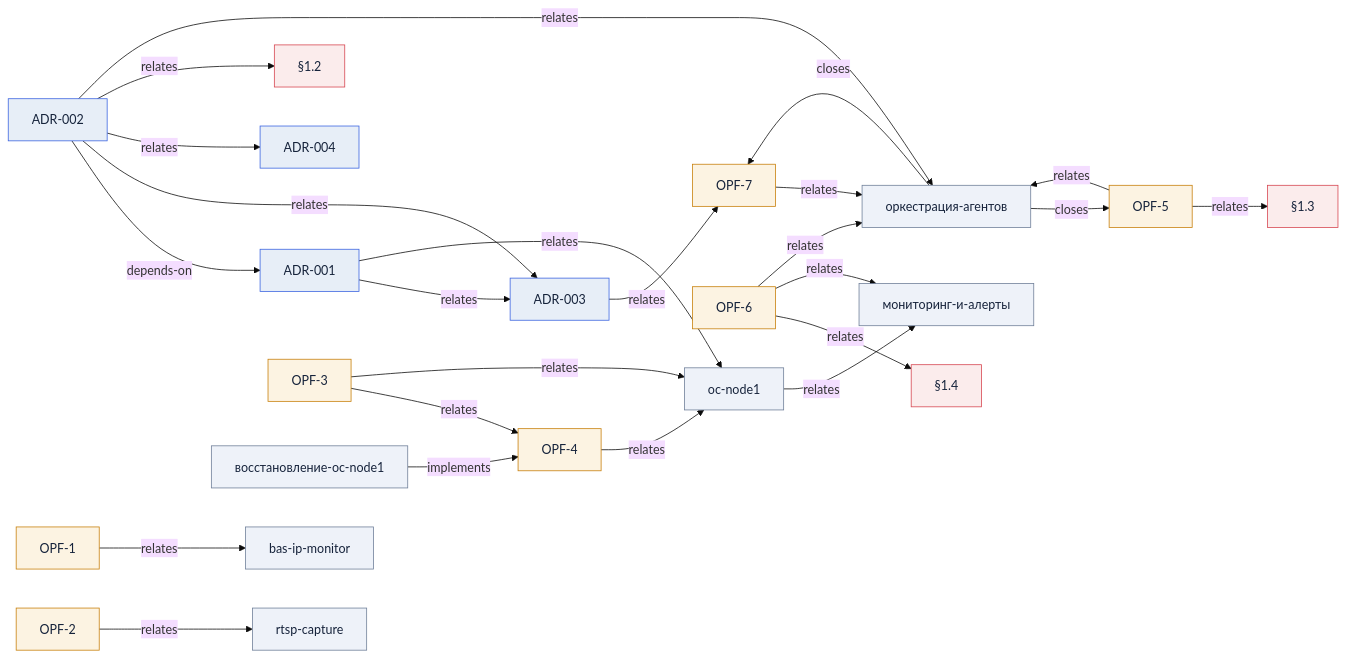
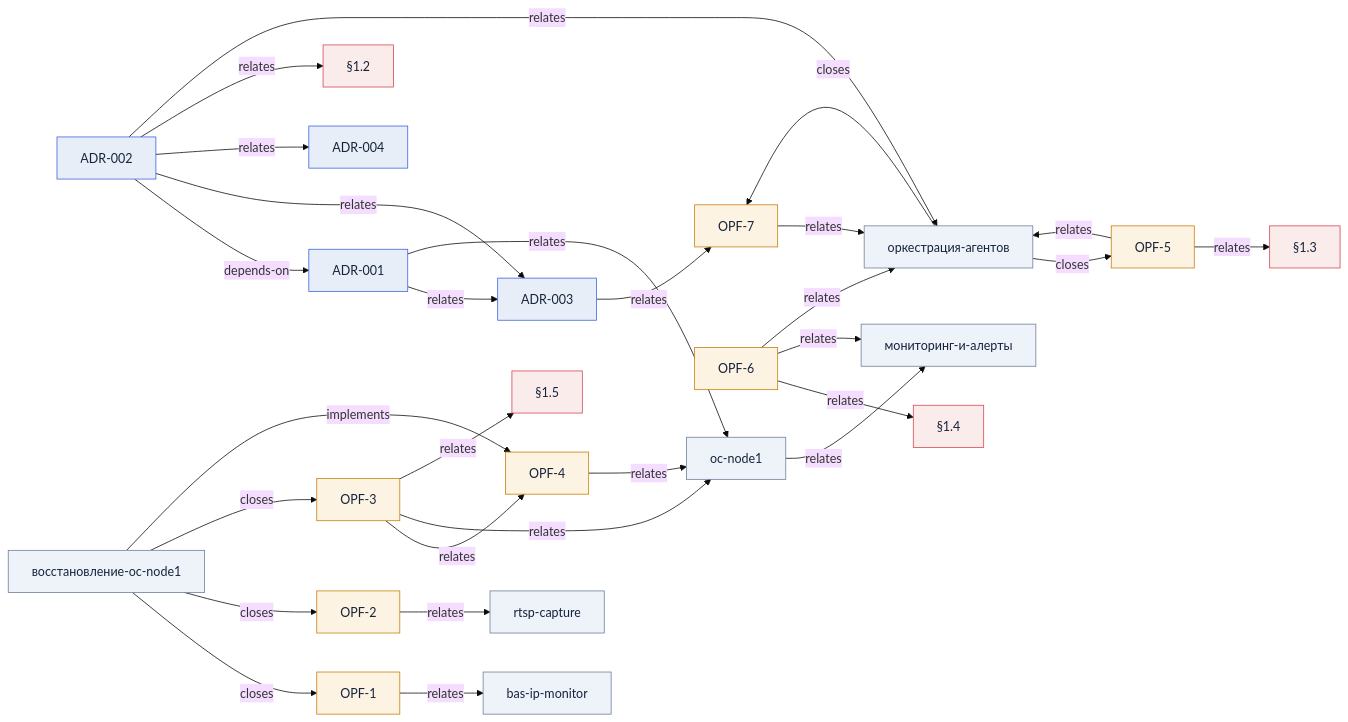
One commit to ikrajushkin/OpenClawAgentFarm changed the diagram in docs/Граф-знаний.md. Above: the diagram before and after it, drawn with Mermaid (base theme). The commit also changed other lines of this file and 7 other files, not shown here.

````diff
--- a/docs/Граф-знаний.md
+++ b/docs/Граф-знаний.md
@@ -6,52 +6,57 @@
 ```mermaid
 graph LR
   n0["ADR-001"]:::adr
   n1["ADR-003"]:::adr
   n2["oc-node1"]:::concept
   n3["ADR-002"]:::adr
   n4["ADR-004"]:::adr
   n5["§1.2"]:::incident
   n6["оркестрация-агентов"]:::concept
   n7["OPF-7"]:::debt
   n8["OPF-1"]:::debt
   n9["bas-ip-monitor"]:::concept
   n10["OPF-2"]:::debt
   n11["rtsp-capture"]:::concept
   n12["OPF-3"]:::debt
   n13["OPF-4"]:::debt
-  n14["OPF-5"]:::debt
-  n15["§1.3"]:::incident
-  n16["OPF-6"]:::debt
-  n17["§1.4"]:::incident
-  n18["мониторинг-и-алерты"]:::concept
-  n19["восстановление-oc-node1"]:::concept
+  n14["§1.5"]:::incident
+  n15["OPF-5"]:::debt
+  n16["§1.3"]:::incident
+  n17["OPF-6"]:::debt
+  n18["§1.4"]:::incident
+  n19["мониторинг-и-алерты"]:::concept
+  n20["восстановление-oc-node1"]:::concept
   n0 -->|relates| n1
   n0 -->|relates| n2
   n3 -->|depends-on| n0
   n3 -->|relates| n1
   n3 -->|relates| n4
   n3 -->|relates| n5
   n3 -->|relates| n6
   n1 -->|relates| n7
   n8 -->|relates| n9
   n10 -->|relates| n11
   n12 -->|relates| n13
   n12 -->|relates| n2
+  n12 -->|relates| n14
   n13 -->|relates| n2
-  n14 -->|relates| n15
-  n14 -->|relates| n6
-  n16 -->|relates| n17
-  n16 -->|relates| n18
-  n16 -->|relates| n6
+  n15 -->|relates| n16
+  n15 -->|relates| n6
+  n17 -->|relates| n18
+  n17 -->|relates| n19
+  n17 -->|relates| n6
   n7 -->|relates| n6
-  n2 -->|relates| n18
-  n19 -->|implements| n13
-  n6 -->|closes| n14
+  n2 -->|relates| n19
+  n20 -->|closes| n8
+  n20 -->|closes| n10
+  n20 -->|closes| n12
+  n20 -->|implements| n13
+  n6 -->|closes| n15
   n6 -->|closes| n7
   classDef adr fill:#E7EEF7,stroke:#3A63E0,color:#16233B;
   classDef incident fill:#FBECEC,stroke:#D64550,color:#16233B;
   classDef debt fill:#FCF3E2,stroke:#C77F0A,color:#16233B;
   classDef sprint fill:#E4F5EC,stroke:#078A5A,color:#16233B;
   classDef req fill:#EDE7F7,stroke:#6A4FCF,color:#16233B;
   classDef concept fill:#EEF2F9,stroke:#6E7E98,color:#16233B;
 ```
````
